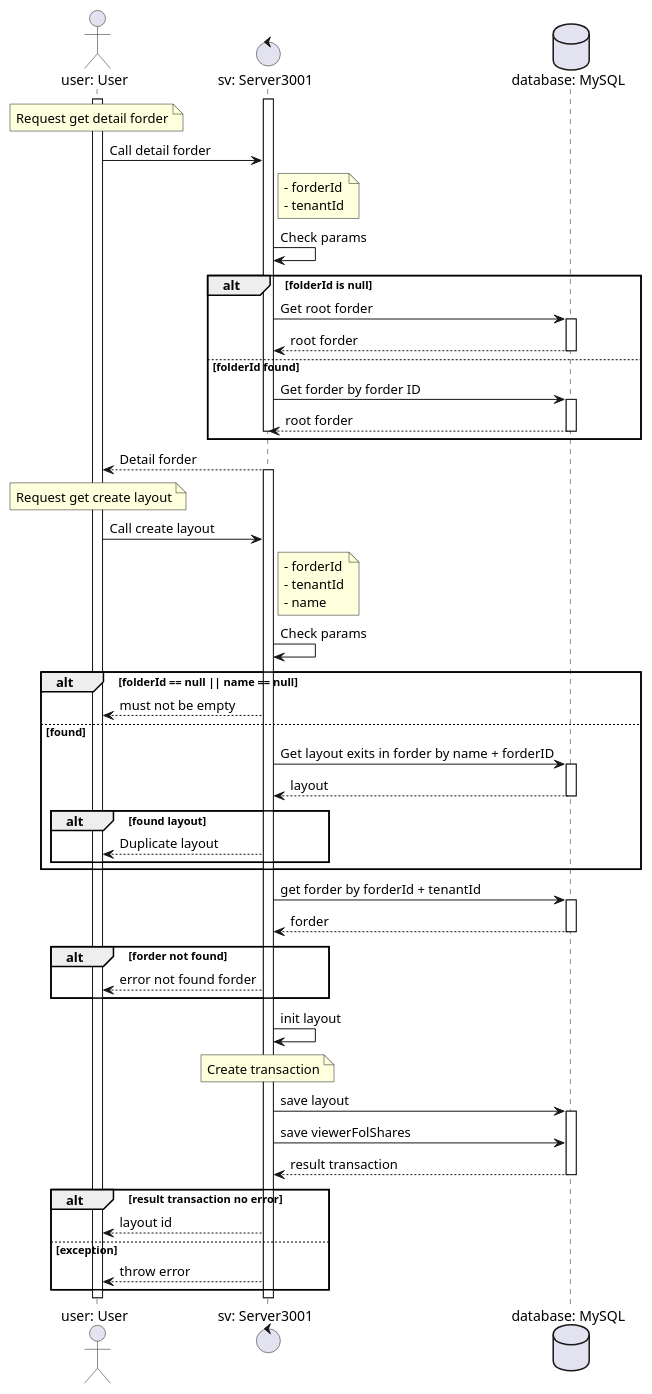
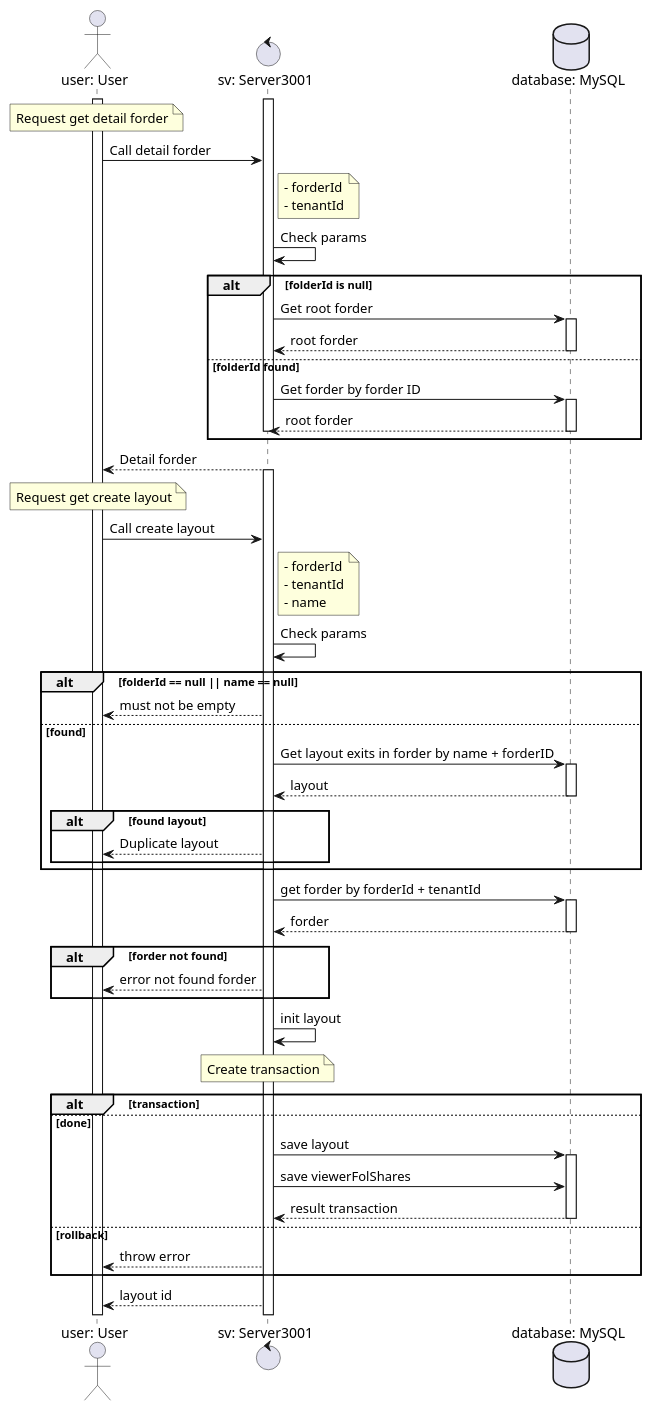
One commit to DangXuanHoat/puml changed the diagram in MOT/New Layout/addLayout.puml. Above: the diagram before and after it, drawn with PlantUML. The commit also changed 2 other files, not shown here.

```diff
--- a/MOT/New Layout/addLayout.puml
+++ b/MOT/New Layout/addLayout.puml
@@ -1,77 +1,78 @@
 @startuml add
 
 actor "user: User" as user
 control "sv: Server3001" as sv
 database "database: MySQL" as db
 
 activate user
 activate sv
 
 note over user: Request get detail forder
 
 user->sv: Call detail forder
 note right sv
 - forderId
 - tenantId
 end note
 sv -> sv: Check params
 alt folderId is null
 
   sv->db: Get root forder
   activate db
   db --> sv: root forder
   deactivate db
 else folderId found
   sv->db: Get forder by forder ID
   activate db
   db --> sv: root forder
   deactivate db
   deactivate sv
   end group
   sv-->user: Detail forder
 activate sv
 
 note over user: Request get create layout
 
 user->sv: Call create layout
 note right sv
 - forderId
 - tenantId
 - name
 end note
 sv -> sv: Check params
 
 alt folderId == null || name == null
   sv-->user: must not be empty
 else found
   sv->db: Get layout exits in forder by name + forderID
   activate db
   db --> sv: layout
   deactivate db
 
   alt found layout
   sv-->user: Duplicate layout
   end group
 end group
 sv->db: get forder by forderId + tenantId
 activate db
   db --> sv: forder
 deactivate db
 alt  forder not found
   sv-->user: error not found forder
   end group
 sv->sv: init layout
 
 note over sv: Create transaction
+
+alt transaction
+else done
 sv->db: save layout
 activate db
 sv->db: save viewerFolShares
 db --> sv: result transaction
 deactivate db
-alt result transaction no error
-sv-->user: layout id
-else exception
+else rollback
 sv-->user: throw error
 end group
-
+sv-->user: layout id
 @enduml
```
